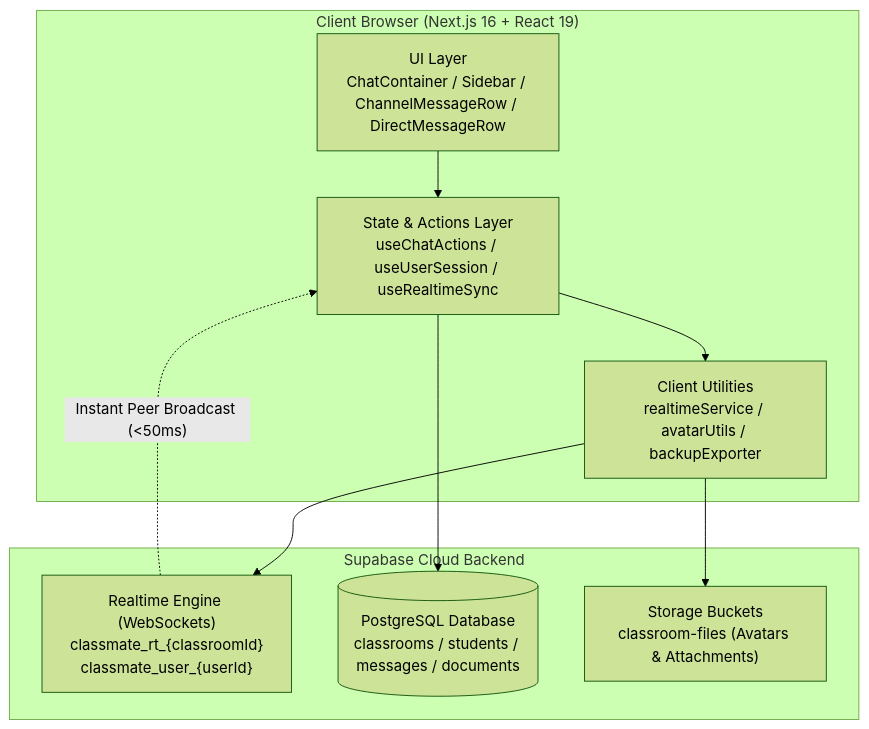
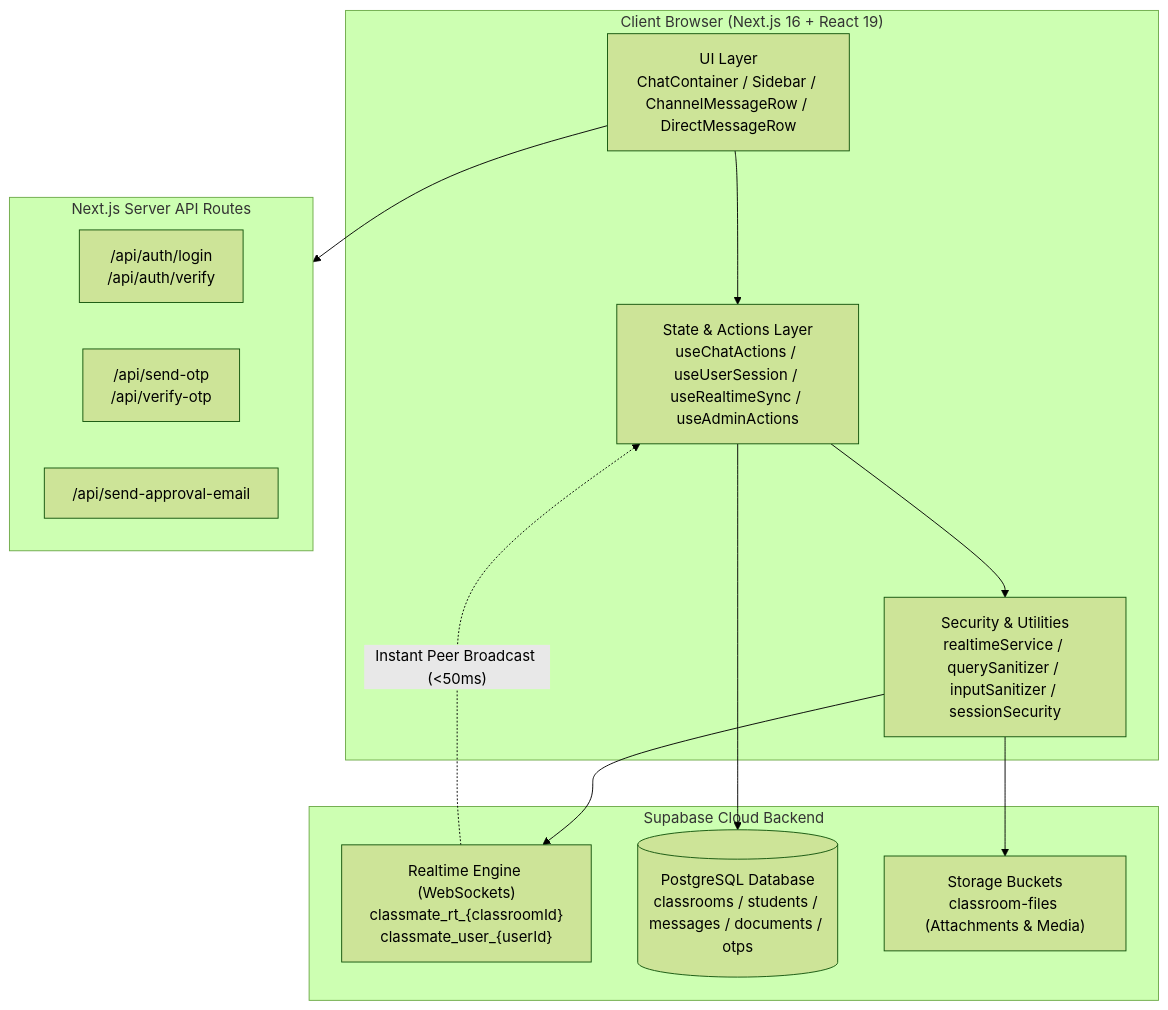
The diagram in README.md (Nothing-dot-exe/klassmates), drawn with Mermaid (forest theme) before and after one commit. The commit also changed other lines of this file and 54 other files, not shown here.

````diff
--- a/README.md
+++ b/README.md
@@ -9,21 +16,28 @@
 ```mermaid
 graph TD
     subgraph Client ["Client Browser (Next.js 16 + React 19)"]
         UI["UI Layer<br/>ChatContainer / Sidebar / ChannelMessageRow / DirectMessageRow"]
-        Hooks["State & Actions Layer<br/>useChatActions / useUserSession / useRealtimeSync"]
-        Services["Client Utilities<br/>realtimeService / avatarUtils / backupExporter"]
+        Hooks["State & Actions Layer<br/>useChatActions / useUserSession / useRealtimeSync / useAdminActions"]
+        Services["Security & Utilities<br/>realtimeService / querySanitizer / inputSanitizer / sessionSecurity"]
     end
 
     subgraph Supabase ["Supabase Cloud Backend"]
         Realtime["Realtime Engine (WebSockets)<br/>classmate_rt_{classroomId}<br/>classmate_user_{userId}"]
-        DB[(PostgreSQL Database<br/>classrooms / students / messages / documents)]
-        Storage["Storage Buckets<br/>classroom-files (Avatars & Attachments)"]
+        DB[(PostgreSQL Database<br/>classrooms / students / messages / documents / otps)]
+        Storage["Storage Buckets<br/>classroom-files (Attachments & Media)"]
+    end
+
+    subgraph Serverless ["Next.js Server API Routes"]
+        AuthRoute["/api/auth/login<br/>/api/auth/verify"]
+        OtpRoute["/api/send-otp<br/>/api/verify-otp"]
+        MailRoute["/api/send-approval-email"]
     end
 
     UI --> Hooks
     Hooks --> Services
     Services --> Realtime
     Hooks --> DB
     Services --> Storage
+    UI --> Serverless
     Realtime -.->|"Instant Peer Broadcast (<50ms)"| Hooks
 ```
````
